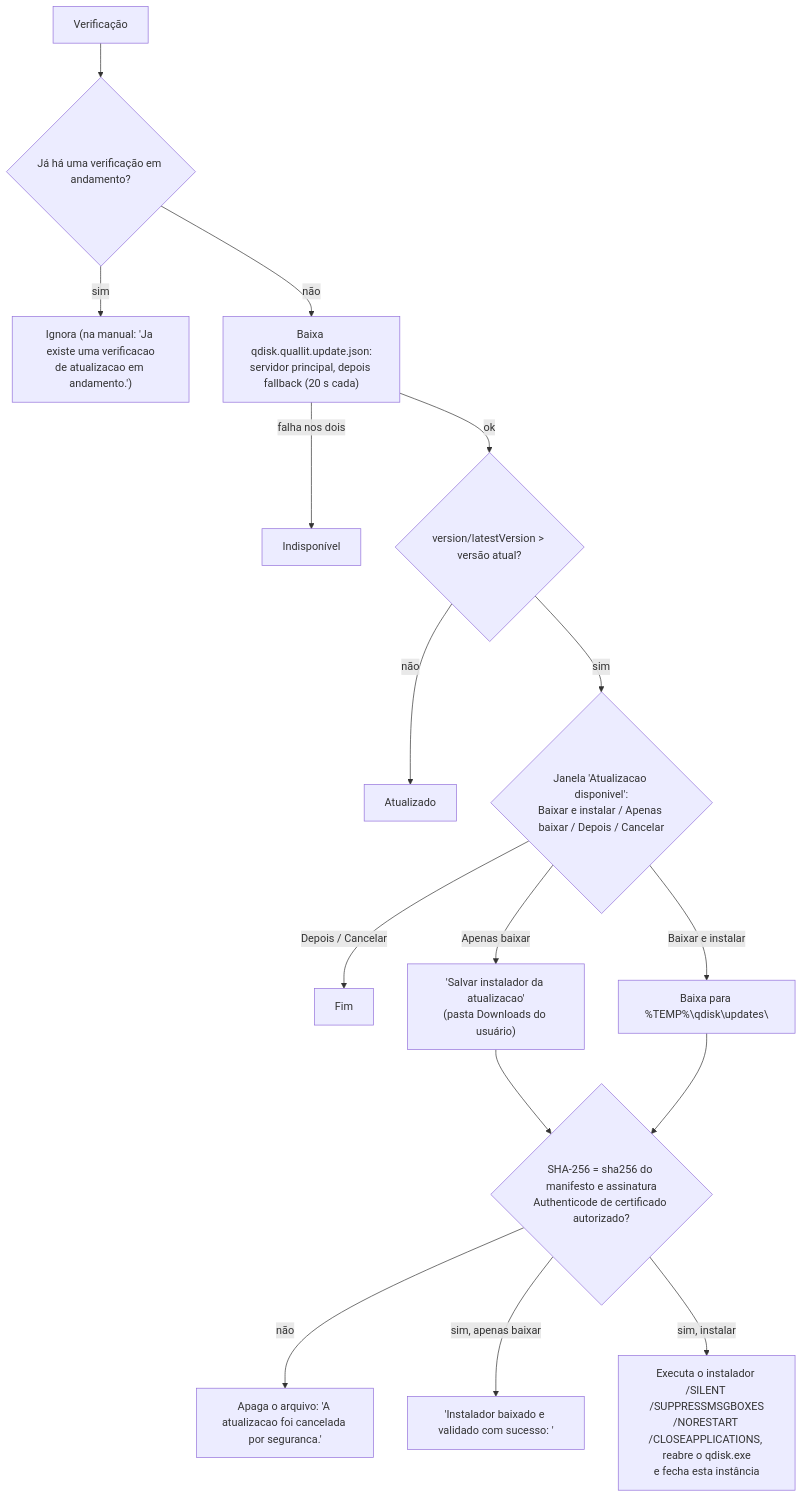
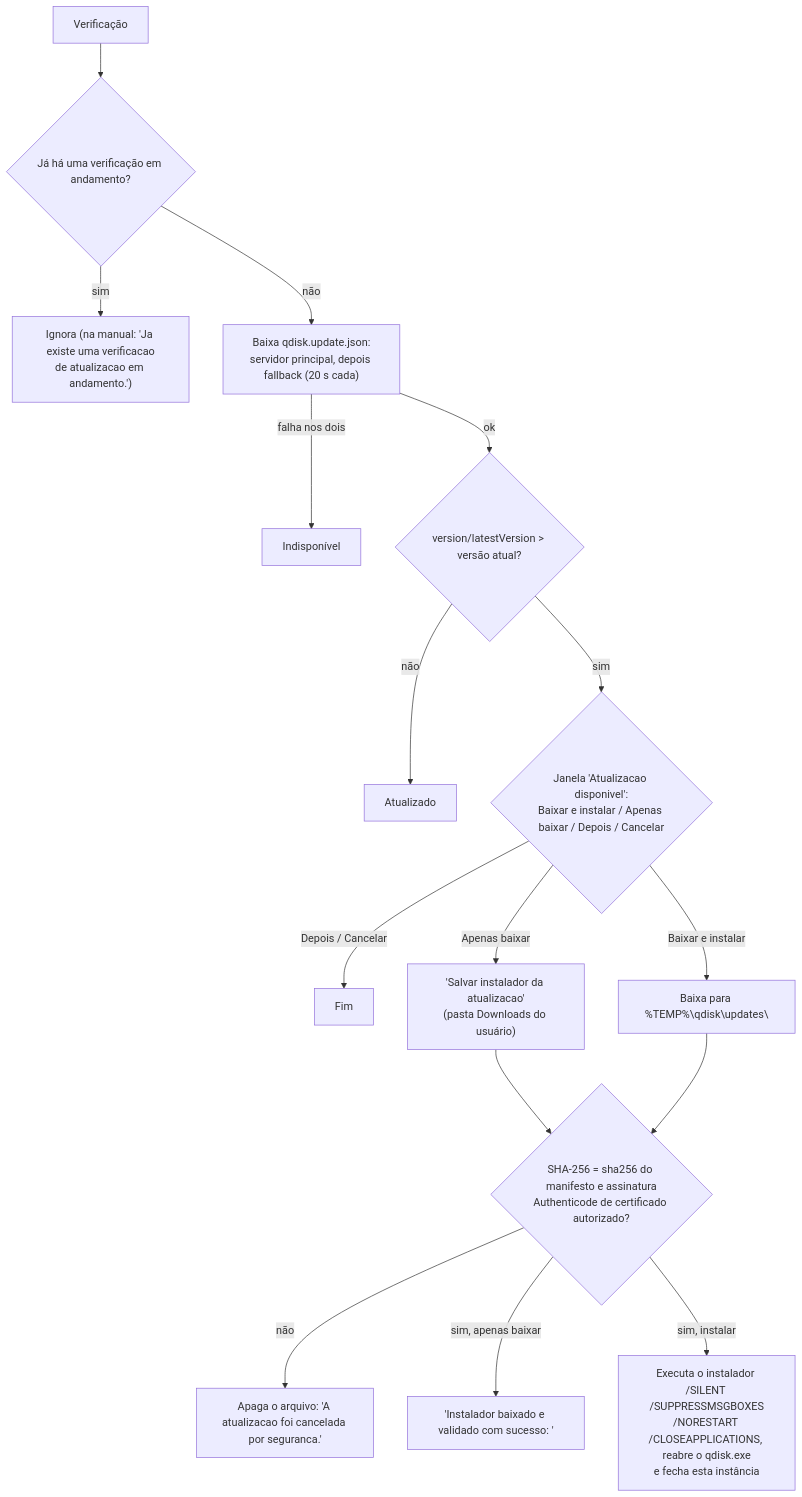
Before and after one commit to MarceloSobral-Quallit/Q-DISK: diagram 14 of 15 in docs/FLUXOS_APP.md, drawn with Mermaid. The commit also changed other lines of this file and 23 other files, not shown here.

Commit message:
refactor: catálogos qdisk.catalog.*.json e manifesto de atualização qdisk.update.json

````diff
--- a/docs/FLUXOS_APP.md
+++ b/docs/FLUXOS_APP.md
@@ -815,18 +815,18 @@
 ```mermaid
 flowchart TD
     A["Verificação"] --> G{"Já há uma verificação em andamento?"}
     G -- "sim" --> G1["Ignora (na manual: 'Ja existe uma verificacao<br/>de atualizacao em andamento.')"]
-    G -- "não" --> B["Baixa qdisk.quallit.update.json:<br/>servidor principal, depois fallback (20 s cada)"]
+    G -- "não" --> B["Baixa qdisk.update.json:<br/>servidor principal, depois fallback (20 s cada)"]
     B -- "falha nos dois" --> Z1["Indisponível"]
     B -- "ok" --> V{"version/latestVersion > versão atual?"}
     V -- "não" --> Z2["Atualizado"]
     V -- "sim" --> D{"Janela 'Atualizacao disponivel':<br/>Baixar e instalar / Apenas baixar / Depois / Cancelar"}
     D -- "Depois / Cancelar" --> Z3["Fim"]
     D -- "Apenas baixar" --> S["'Salvar instalador da atualizacao'<br/>(pasta Downloads do usuário)"]
     D -- "Baixar e instalar" --> T["Baixa para %TEMP%\qdisk\updates\"]
     S --> H
     T --> H{"SHA-256 = sha256 do manifesto e assinatura<br/>Authenticode de certificado autorizado?"}
     H -- "não" --> R["Apaga o arquivo: 'A atualizacao foi cancelada por seguranca.'"]
     H -- "sim, apenas baixar" --> K["'Instalador baixado e validado com sucesso: <caminho>'"]
     H -- "sim, instalar" --> I["Executa o instalador /SILENT /SUPPRESSMSGBOXES<br/>/NORESTART /CLOSEAPPLICATIONS, reabre o qdisk.exe<br/>e fecha esta instância"]
 ```
````
